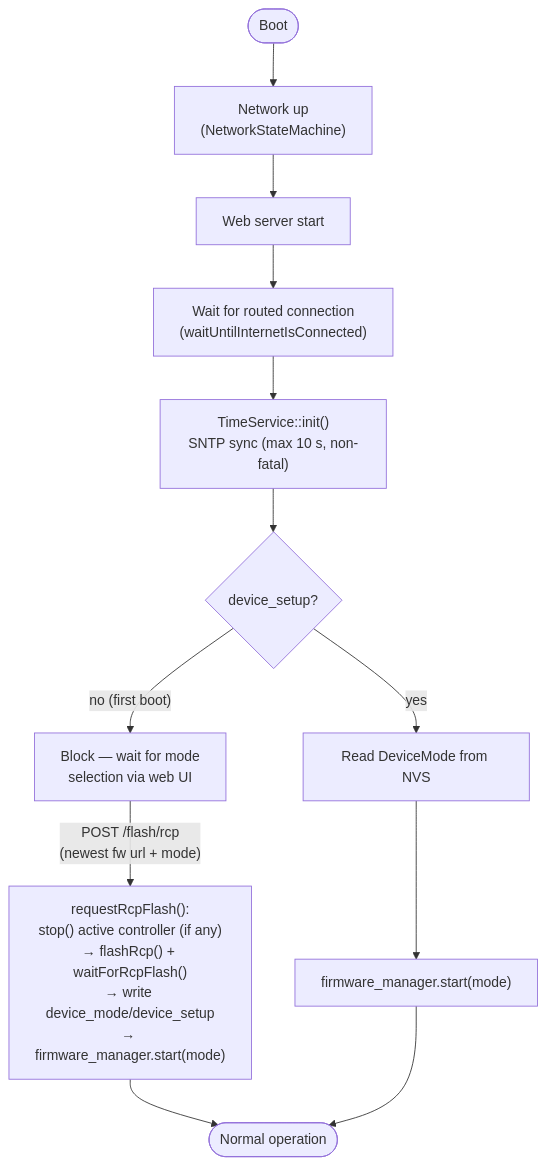
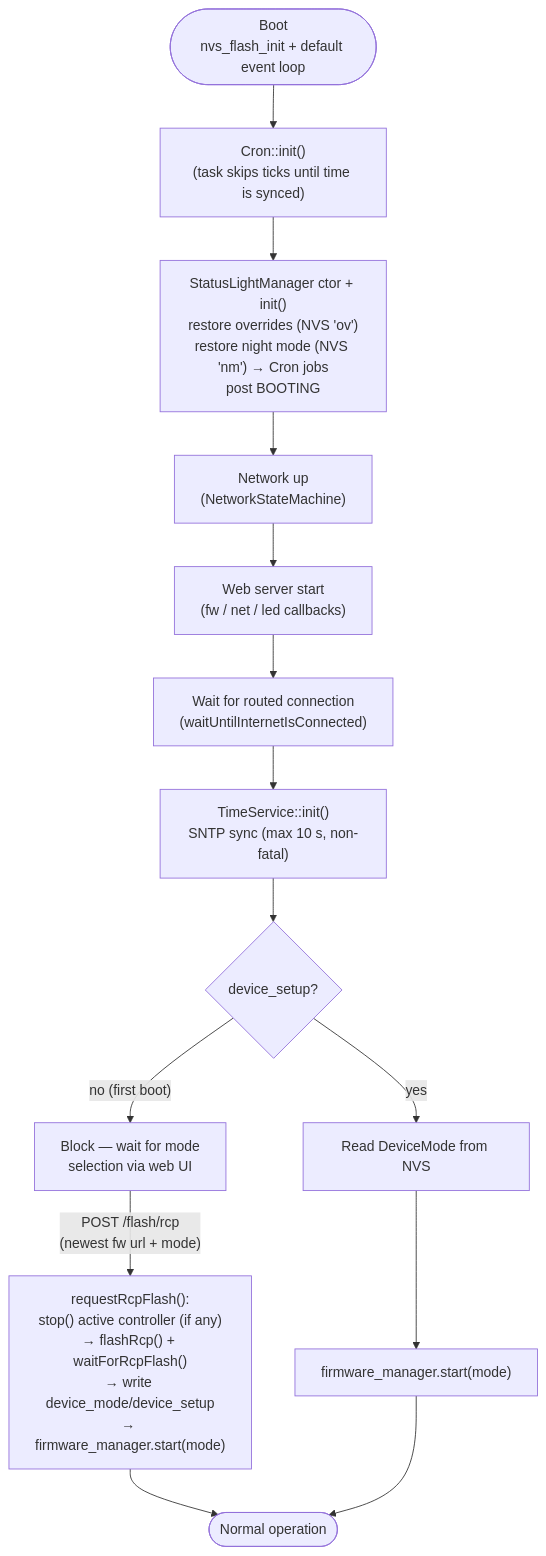
The fourth of 5 diagrams in README.md (codm/czc-unified), drawn with Mermaid before and after one commit. The commit also changed other lines of this file and 1 other file, not shown here.

````diff
--- a/README.md
+++ b/README.md
@@ -739,18 +822,20 @@
 ```mermaid
 flowchart TD
-    boot(["Boot"])
+    boot(["Boot\nnvs_flash_init + default event loop"])
+    cron["Cron::init()\n(task skips ticks until time is synced)"]
+    led["StatusLightManager ctor + init()\nrestore overrides (NVS 'ov')\nrestore night mode (NVS 'nm') → Cron jobs\npost BOOTING"]
     net["Network up\n(NetworkStateMachine)"]
-    web["Web server start"]
+    web["Web server start\n(fw / net / led callbacks)"]
     conn["Wait for routed connection\n(waitUntilInternetIsConnected)"]
     time["TimeService::init()\nSNTP sync (max 10 s, non-fatal)"]
     q2{"device_setup?"}
     wait["Block — wait for mode\nselection via web UI"]
     flash["requestRcpFlash():\nstop() active controller (if any)\n→ flashRcp() + waitForRcpFlash()\n→ write device_mode/device_setup\n→ firmware_manager.start(mode)"]
     q3["Read DeviceMode from NVS"]
     start["firmware_manager.start(mode)"]
     run(["Normal operation"])
 
-    boot --> net --> web --> conn --> time --> q2
+    boot --> cron --> led --> net --> web --> conn --> time --> q2
     q2 -->|"no (first boot)"| wait -->|"POST /flash/rcp\n(newest fw url + mode)"| flash --> run
     q2 -->|yes| q3 --> start --> run
 ```
````
